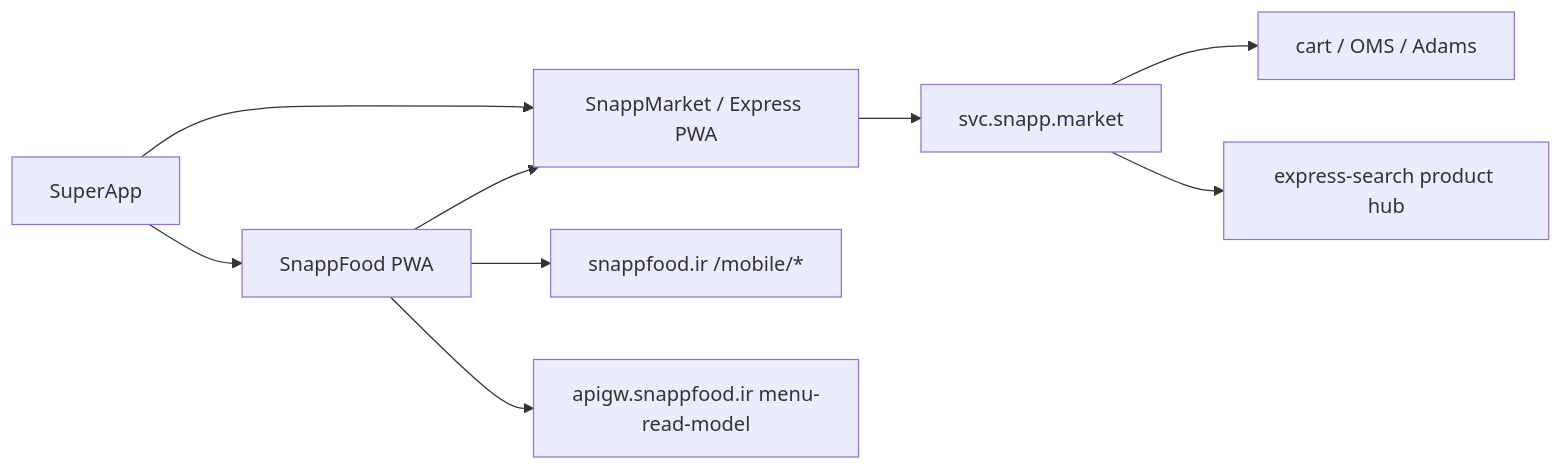
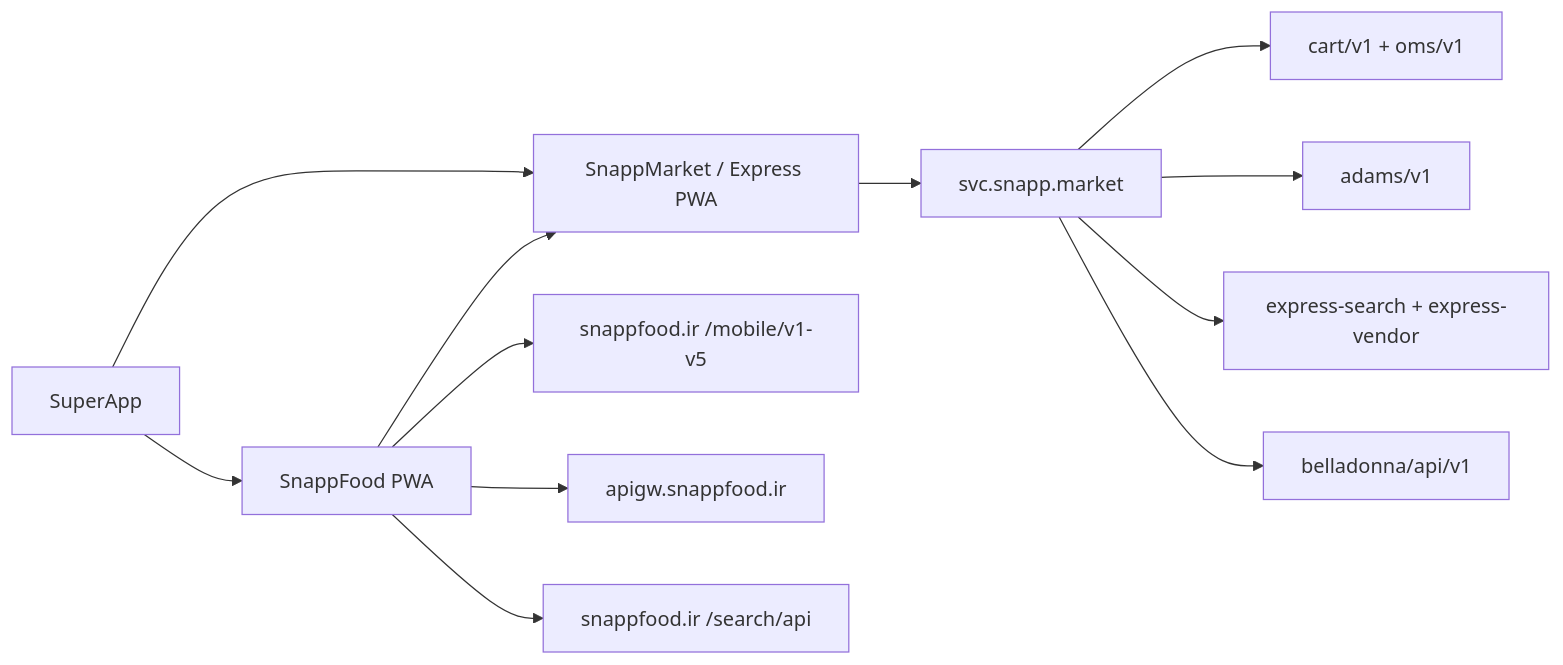
One commit to erfnzdeh/snapp-hack changed the first of 12 diagrams in README.md. Above: the diagram before and after it, drawn with Mermaid. The commit also changed other lines of this file, not shown here.

Commit message:
Expand unofficial notes with inferred field names and API shapes.

````diff
--- a/README.md
+++ b/README.md
@@ -32,11 +32,14 @@
 ```mermaid
 flowchart LR
   SA["SuperApp"] --> F["SnappFood PWA"]
   SA --> M["SnappMarket / Express PWA"]
-  F --> FAPI["snappfood.ir /mobile/*"]
-  F --> GW["apigw.snappfood.ir menu-read-model"]
+  F --> FAPI["snappfood.ir /mobile/v1-v5"]
+  F --> GW["apigw.snappfood.ir"]
+  F --> SRCH["snappfood.ir /search/api"]
   F --> M
   M --> SVC["svc.snapp.market"]
-  SVC --> CART["cart / OMS / Adams"]
-  SVC --> HUB["express-search product hub"]
+  SVC --> CART["cart/v1 + oms/v1"]
+  SVC --> ADAMS["adams/v1"]
+  SVC --> HUB["express-search + express-vendor"]
+  SVC --> BELLA["belladonna/api/v1"]
 ```
````
